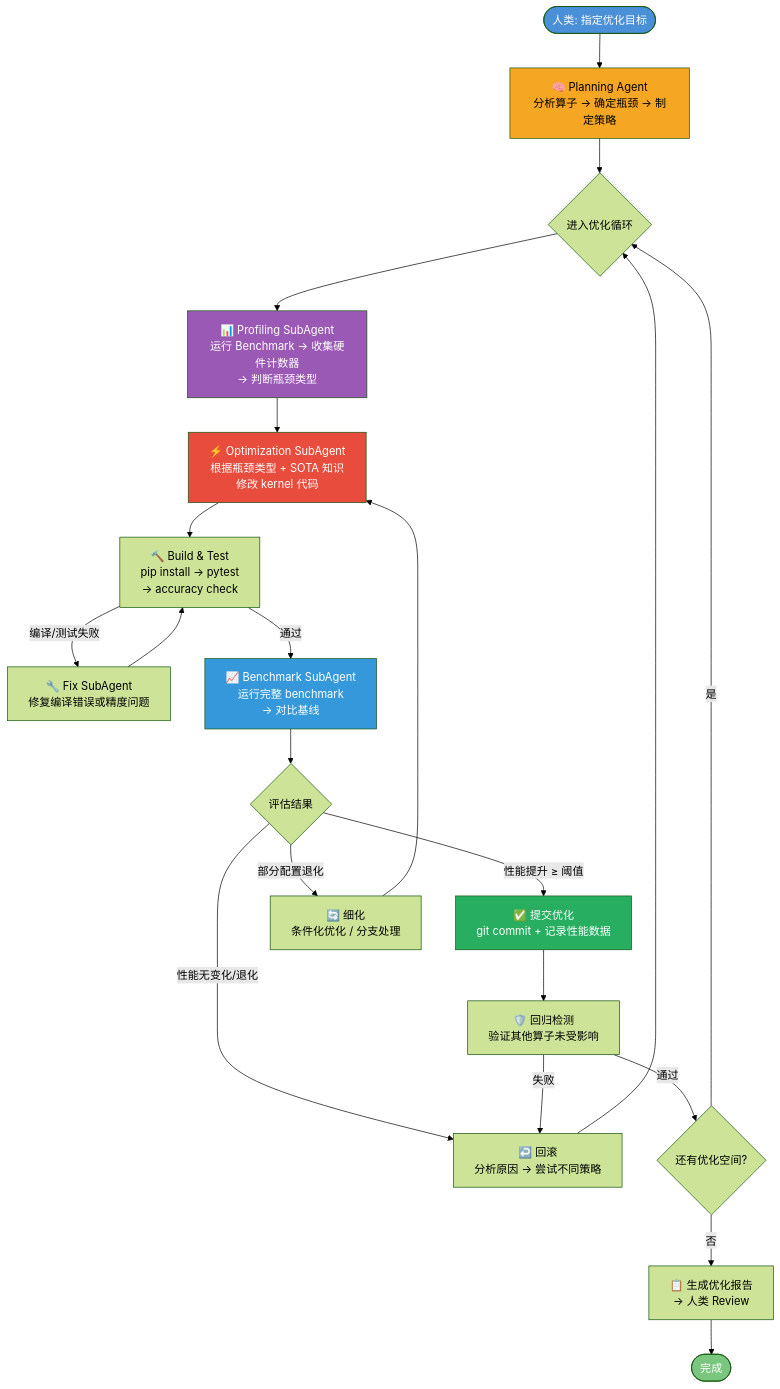
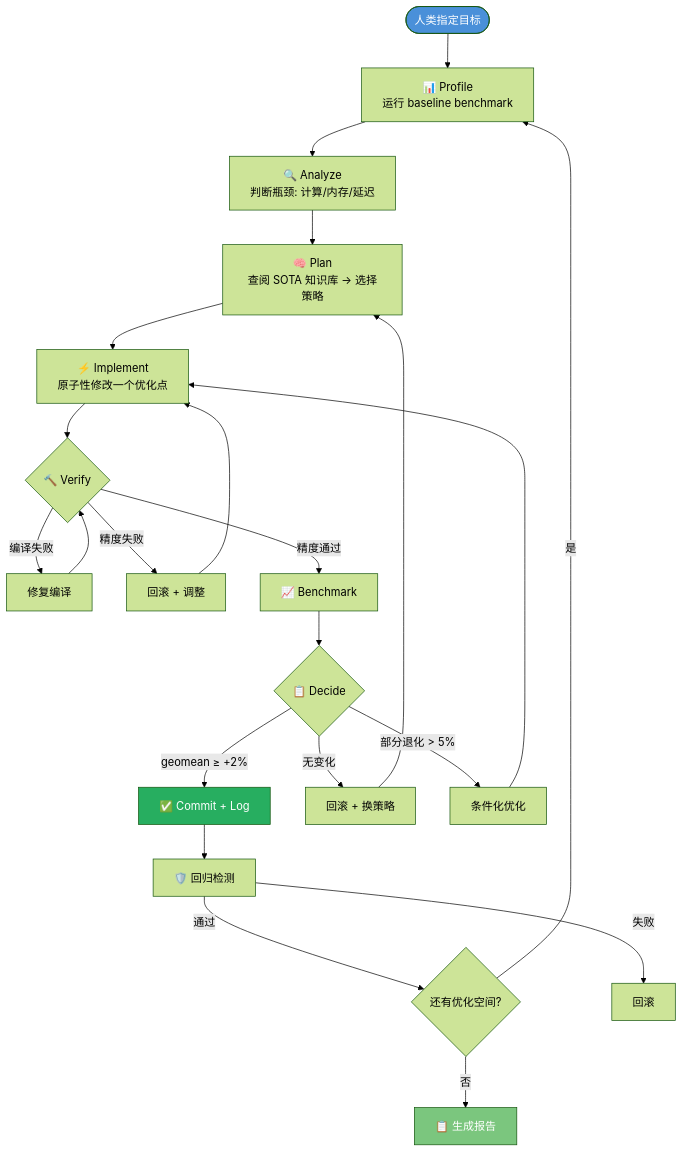
Before and after one commit to AMD-AGI/Primus-Turbo: the diagram in docs/agent-optimization-plan.md, drawn with Mermaid (forest theme). The commit also changed other lines of this file and 12 other files, not shown here.

Commit message:
agent loop plan v2.0

````diff
--- a/docs/agent-optimization-plan.md
+++ b/docs/agent-optimization-plan.md
@@ -238,43 +162,31 @@
 ```mermaid
 flowchart TD
-    START([人类: 指定优化目标]) --> PLAN[🧠 Planning Agent<br/>分析算子 → 确定瓶颈 → 制定策略]
+    START([人类指定目标]) --> PROFILE[📊 Profile<br/>运行 baseline benchmark]
+    PROFILE --> ANALYZE[🔍 Analyze<br/>判断瓶颈: 计算/内存/延迟]
+    ANALYZE --> PLAN[🧠 Plan<br/>查阅 SOTA 知识库 → 选择策略]
+    PLAN --> IMPL[⚡ Implement<br/>原子性修改一个优化点]
+    IMPL --> VERIFY{🔨 Verify}
     
-    PLAN --> LOOP_START{进入优化循环}
+    VERIFY -->|编译失败| FIX[修复编译] --> VERIFY
+    VERIFY -->|精度失败| ROLLBACK1[回滚 + 调整] --> IMPL
+    VERIFY -->|精度通过| BENCH[📈 Benchmark]
     
-    LOOP_START --> PROFILE[📊 Profiling SubAgent<br/>运行 Benchmark → 收集硬件计数器<br/>→ 判断瓶颈类型]
+    BENCH --> DECIDE{📋 Decide}
+    DECIDE -->|geomean ≥ +2%| COMMIT[✅ Commit + Log]
+    DECIDE -->|无变化| ROLLBACK2[回滚 + 换策略]
+    DECIDE -->|部分退化 > 5%| REFINE[条件化优化]
     
-    PROFILE --> OPTIMIZE[⚡ Optimization SubAgent<br/>根据瓶颈类型 + SOTA 知识<br/>修改 kernel 代码]
-    
-    OPTIMIZE --> BUILD[🔨 Build & Test<br/>pip install → pytest<br/>→ accuracy check]
-    
-    BUILD -->|编译/测试失败| FIX[🔧 Fix SubAgent<br/>修复编译错误或精度问题]
-    FIX --> BUILD
-    
-    BUILD -->|通过| BENCH[📈 Benchmark SubAgent<br/>运行完整 benchmark<br/>→ 对比基线]
-    
-    BENCH --> EVAL{评估结果}
-    
-    EVAL -->|性能提升 ≥ 阈值| COMMIT[✅ 提交优化<br/>git commit + 记录性能数据]
-    EVAL -->|性能无变化/退化| REVERT[↩️ 回滚<br/>分析原因 → 尝试不同策略]
-    EVAL -->|部分配置退化| REFINE[🔄 细化<br/>条件化优化 / 分支处理]
-    
-    COMMIT --> REGRESS[🛡️ 回归检测<br/>验证其他算子未受影响]
-    REVERT --> LOOP_START
-    REFINE --> OPTIMIZE
+    COMMIT --> REGRESS[🛡️ 回归检测]
+    ROLLBACK2 --> PLAN
+    REFINE --> IMPL
     
     REGRESS -->|通过| NEXT{还有优化空间?}
-    REGRESS -->|失败| REVERT
+    REGRESS -->|失败| ROLLBACK3[回滚]
     
-    NEXT -->|是| LOOP_START
-    NEXT -->|否| REPORT[📋 生成优化报告<br/>→ 人类 Review]
-    
-    REPORT --> END([完成])
+    NEXT -->|是| PROFILE
+    NEXT -->|否| REPORT[📋 生成报告]
     
     style START fill:#4a90d9,color:white
-    style END fill:#7bc67e,color:white
-    style PLAN fill:#f5a623
-    style PROFILE fill:#9b59b6,color:white
-    style OPTIMIZE fill:#e74c3c,color:white
-    style BENCH fill:#3498db,color:white
     style COMMIT fill:#27ae60,color:white
+    style REPORT fill:#7bc67e,color:white
 ```
````
